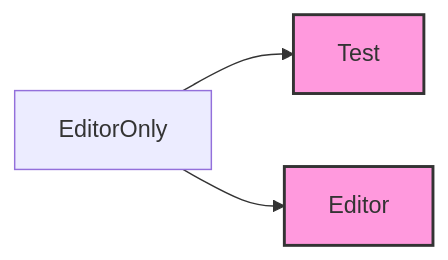
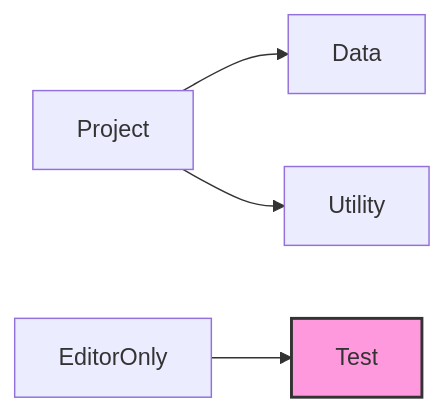
Before and after one commit to HyunWoo-Jo/ProjectHS: the third of 4 diagrams in _Doc/System.md, drawn with Mermaid. The commit also changed other lines of this file, not shown here.

````diff
--- a/_Doc/System.md
+++ b/_Doc/System.md
@@ -91,7 +84,8 @@
 ```mermaid
 graph LR
- EditorOnly --> Test;
-    EditorOnly --> Editor;
+Project --> Data 
+Project --> Utility
+EditorOnly --> Test;
+
   style Test fill:#f9d,stroke:#333,stroke-width:2px
-  style Editor fill:#f9d,stroke:#333,stroke-width:2px
 ```
````
